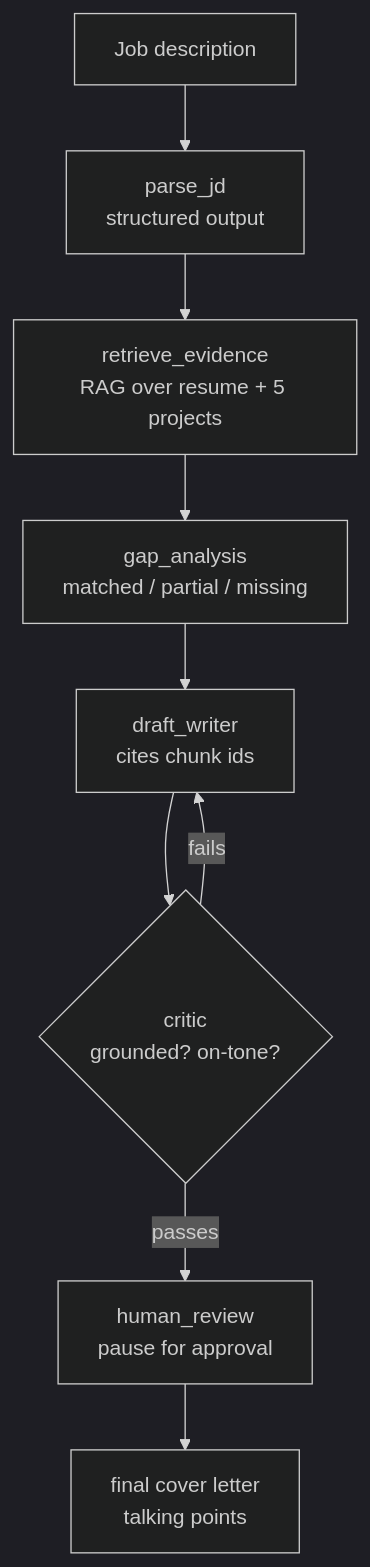
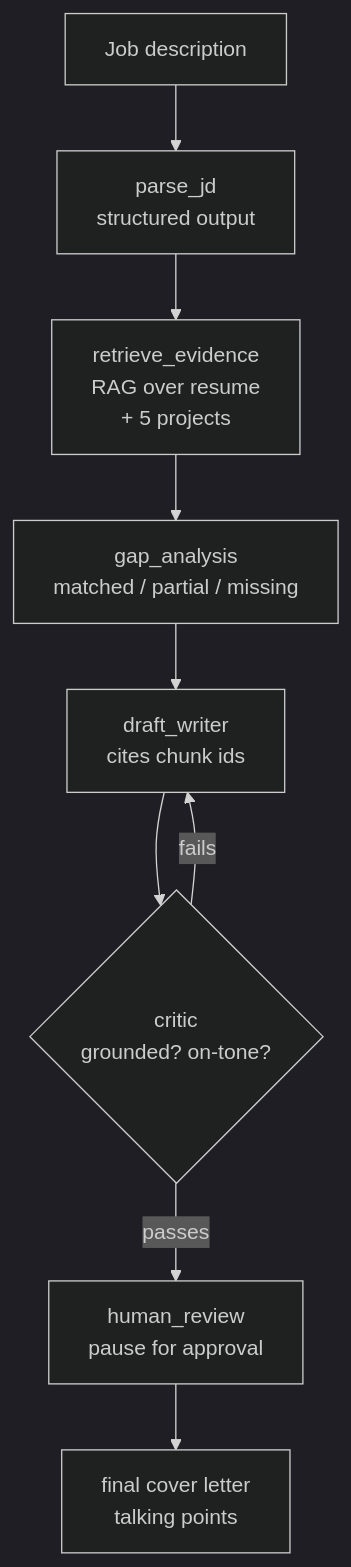
Before and after one commit to momo840505/career-copilot-agent: the second of 2 diagrams in README.md, drawn with Mermaid (dark theme).

Commit message:
Fix formatting in the mermaid diagram

````diff
--- a/README.md
+++ b/README.md
@@ -152,11 +152,11 @@
 ```mermaid
 flowchart TB
     A["Job description"] --> B["parse_jd<br/>structured output"]
-    B --> C["retrieve_evidence<br/>RAG over resume + 5 projects"]
+    B --> C["retrieve_evidence<br/>RAG over resume <br/> + 5 projects"]
     C --> D["gap_analysis<br/>matched / partial / missing"]
     D --> E["draft_writer<br/>cites chunk ids"]
     E --> F{"critic<br/>grounded? on-tone?"}
     F -- fails --> E
     F -- passes --> G["human_review<br/>pause for approval"]
     G --> H["final cover letter <br/> talking points"]
 ```
````
